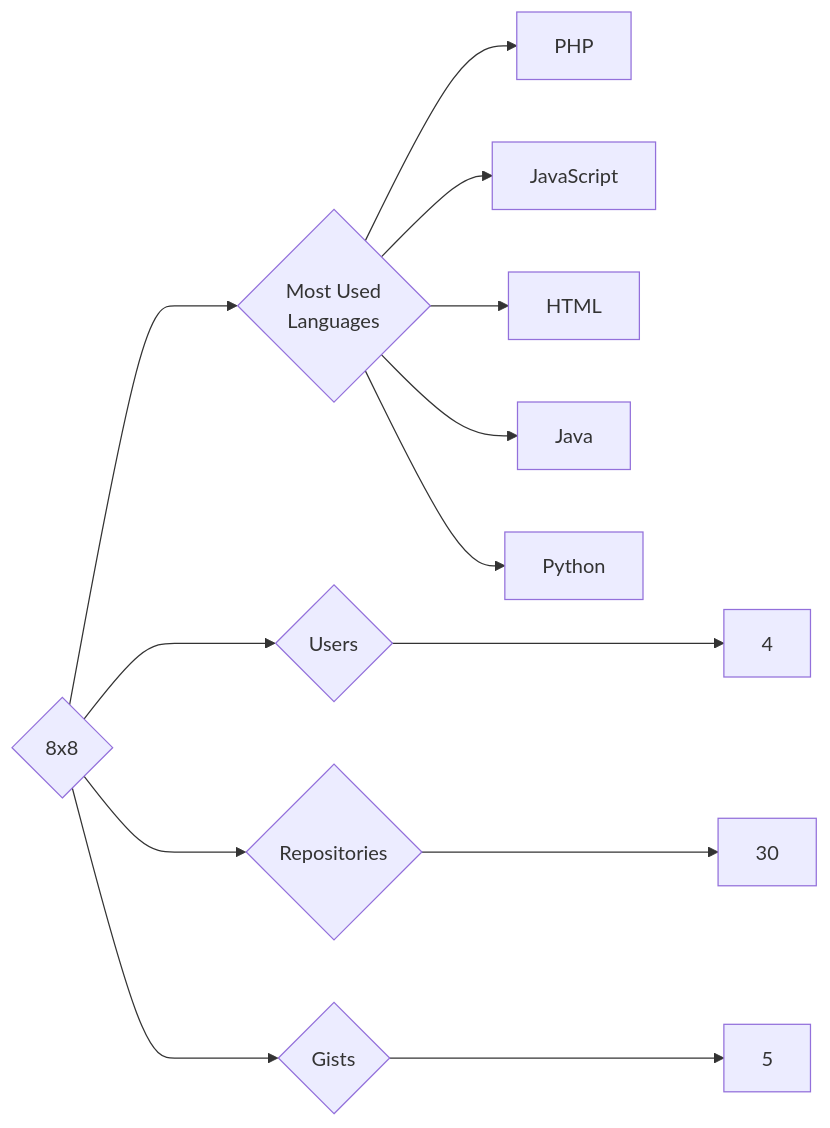
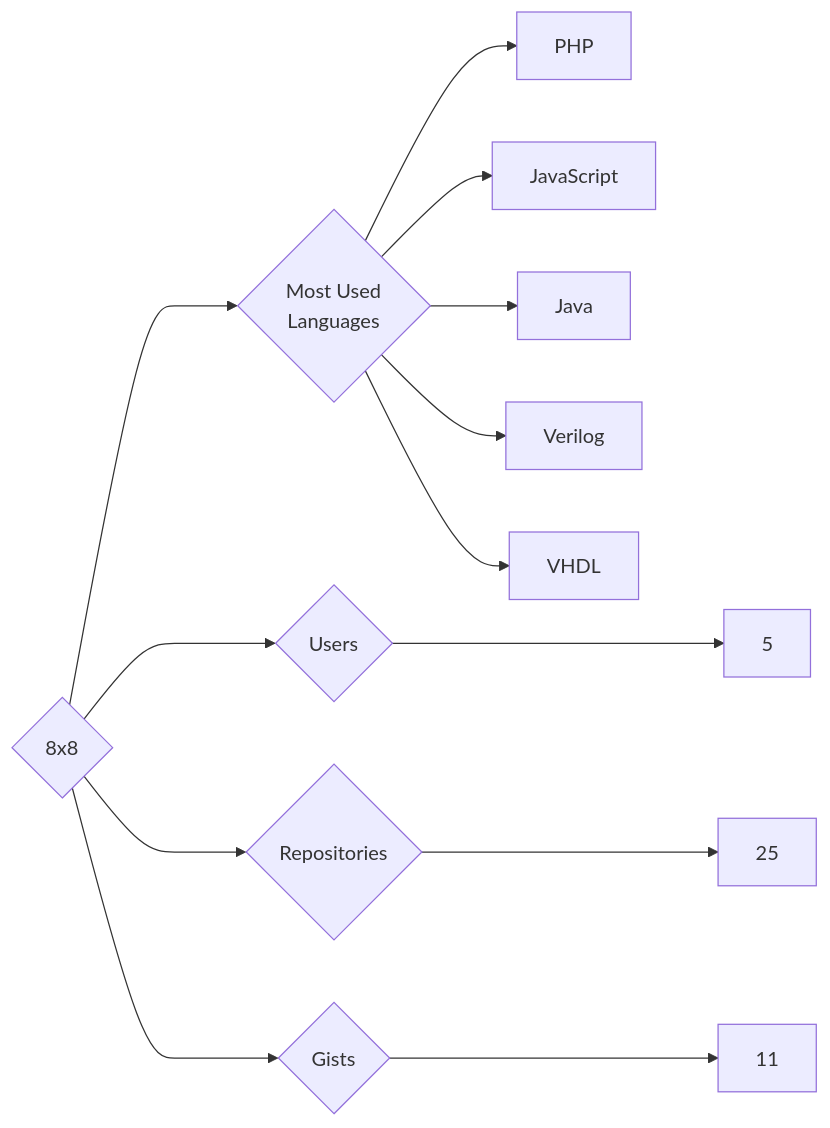
The diagram in targets/8x8/README.md (trickest/insiders), drawn with Mermaid before and after one commit. The commit also changed 988 other files, not shown here.

````diff
--- a/targets/8x8/README.md
+++ b/targets/8x8/README.md
@@ -3,13 +3,13 @@
 ```mermaid
 graph LR
 COMPANY_NAME{8x8}
-COMPANY_NAME ---> U{Users} ---> UN[4]
-COMPANY_NAME ---> R{Repositories} ---> RN[30]
-COMPANY_NAME ---> G{Gists} ---> GN[5]
+COMPANY_NAME ---> U{Users} ---> UN[5]
+COMPANY_NAME ---> R{Repositories} ---> RN[25]
+COMPANY_NAME ---> G{Gists} ---> GN[11]
 COMPANY_NAME ---> ML{Most Used<br>Languages}
 ML --> PHP[PHP]
 ML --> JavaScript[JavaScript]
-ML --> HTML[HTML]
 ML --> Java[Java]
-ML --> Python[Python]
+ML --> Verilog[Verilog]
+ML --> VHDL[VHDL]
 ```
````
